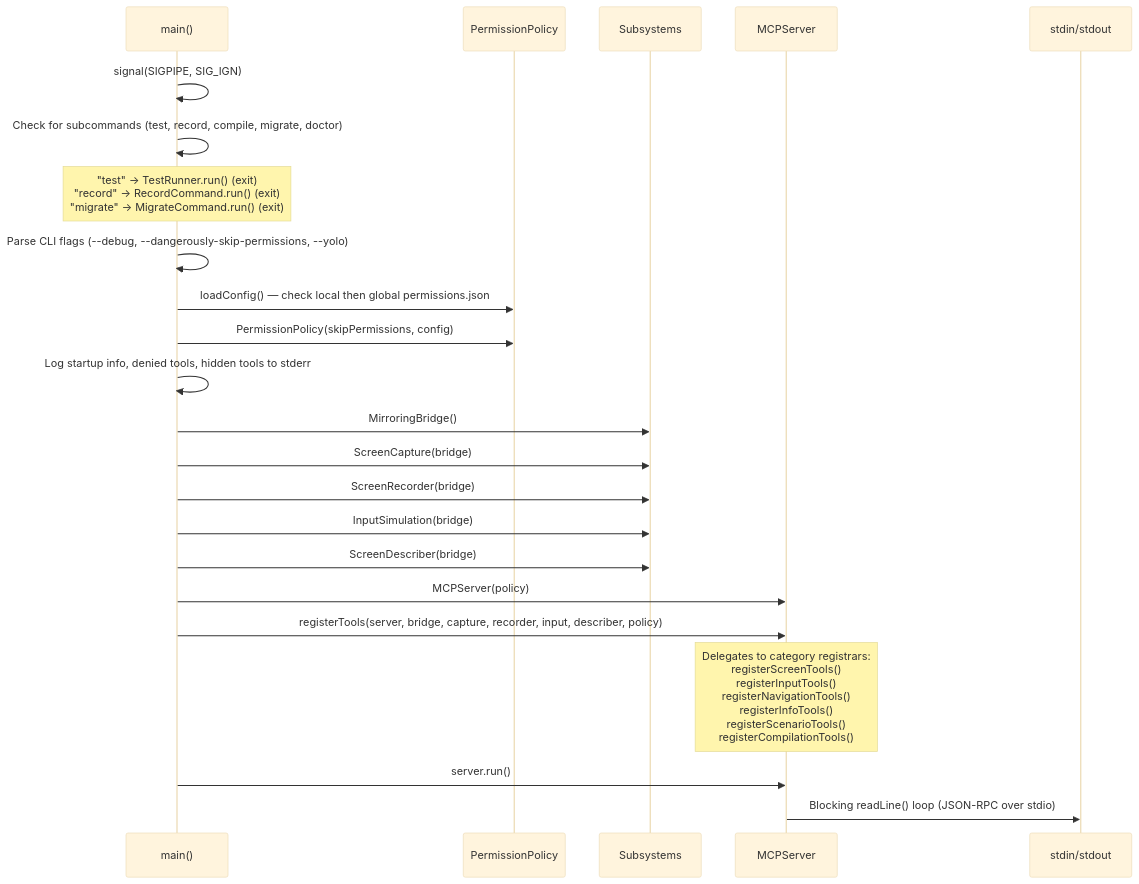
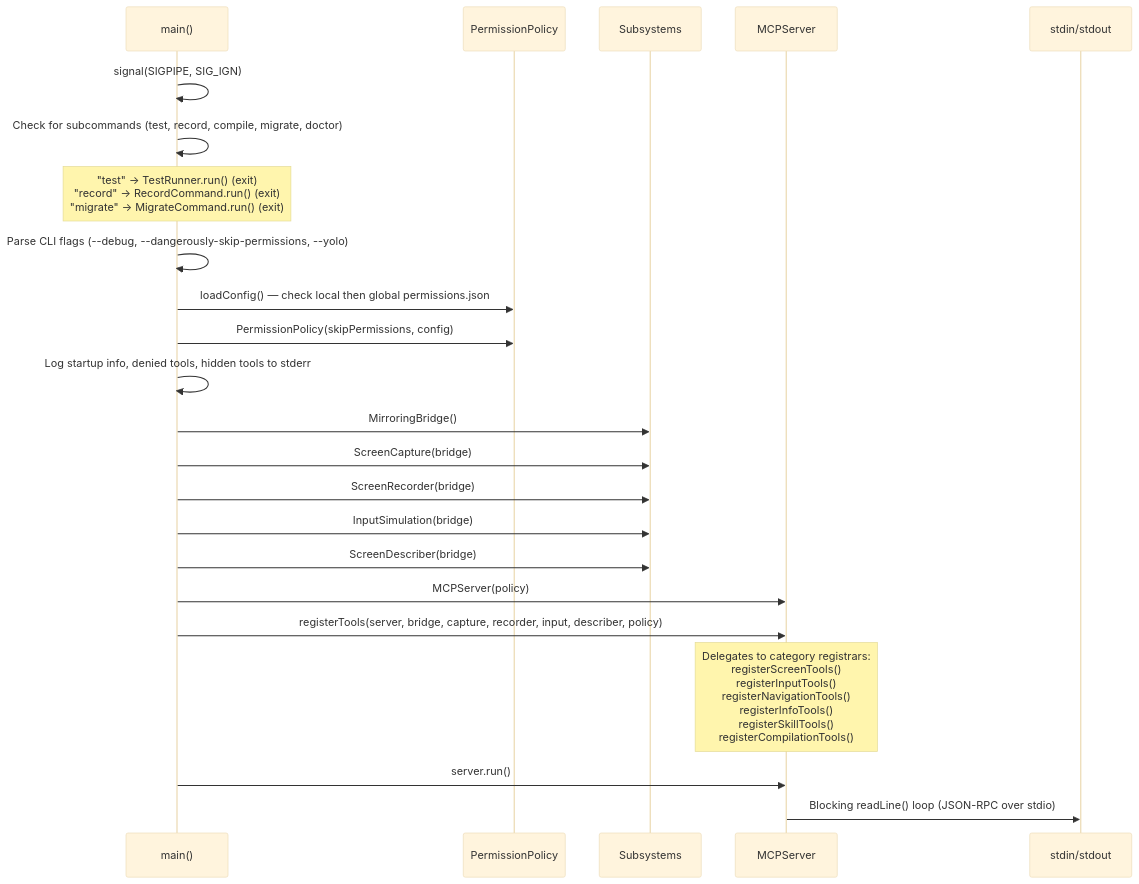
One commit to jfarcand/mirroir-mcp changed the second of 12 diagrams in docs/architecture.md. Above: the diagram before and after it, drawn with Mermaid (base theme). The commit also changed other lines of this file and 60 other files, not shown here.

Commit message:
refactor: rename scenario to skill, harden website

````diff
--- a/docs/architecture.md
+++ b/docs/architecture.md
@@ -151,29 +151,29 @@
 ```mermaid
 sequenceDiagram
     participant Main as main()
     participant Policy as PermissionPolicy
     participant Subs as Subsystems
     participant Server as MCPServer
     participant Stdio as stdin/stdout
 
     Main->>Main: signal(SIGPIPE, SIG_IGN)
     Main->>Main: Check for subcommands (test, record, compile, migrate, doctor)
     Note over Main: "test" → TestRunner.run() (exit)<br/>"record" → RecordCommand.run() (exit)<br/>"migrate" → MigrateCommand.run() (exit)
     Main->>Main: Parse CLI flags (--debug, --dangerously-skip-permissions, --yolo)
     Main->>Policy: loadConfig() — check local then global permissions.json
     Main->>Policy: PermissionPolicy(skipPermissions, config)
     Main->>Main: Log startup info, denied tools, hidden tools to stderr
 
     Main->>Subs: MirroringBridge()
     Main->>Subs: ScreenCapture(bridge)
     Main->>Subs: ScreenRecorder(bridge)
     Main->>Subs: InputSimulation(bridge)
     Main->>Subs: ScreenDescriber(bridge)
     Main->>Server: MCPServer(policy)
 
     Main->>Server: registerTools(server, bridge, capture, recorder, input, describer, policy)
-    Note over Server: Delegates to category registrars:<br/>registerScreenTools()<br/>registerInputTools()<br/>registerNavigationTools()<br/>registerInfoTools()<br/>registerScenarioTools()<br/>registerCompilationTools()
+    Note over Server: Delegates to category registrars:<br/>registerScreenTools()<br/>registerInputTools()<br/>registerNavigationTools()<br/>registerInfoTools()<br/>registerSkillTools()<br/>registerCompilationTools()
 
     Main->>Server: server.run()
     Server->>Stdio: Blocking readLine() loop (JSON-RPC over stdio)
 ```
````
